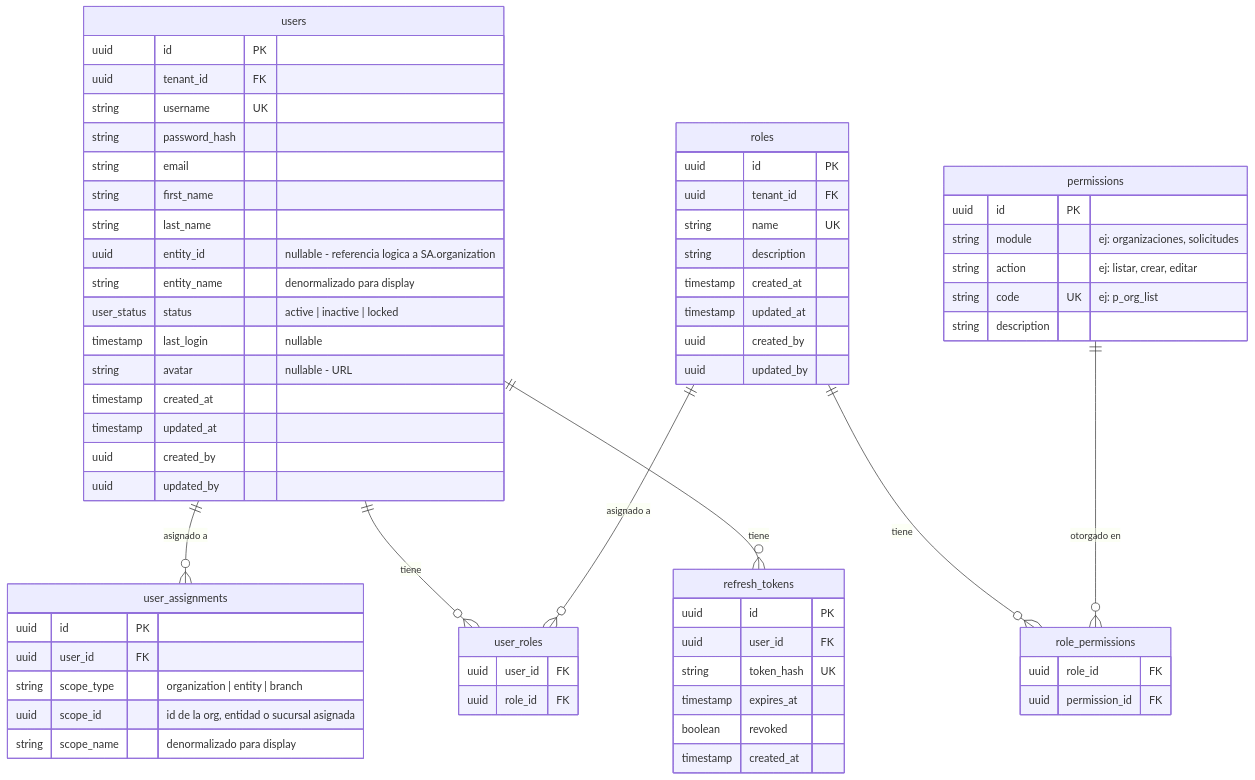
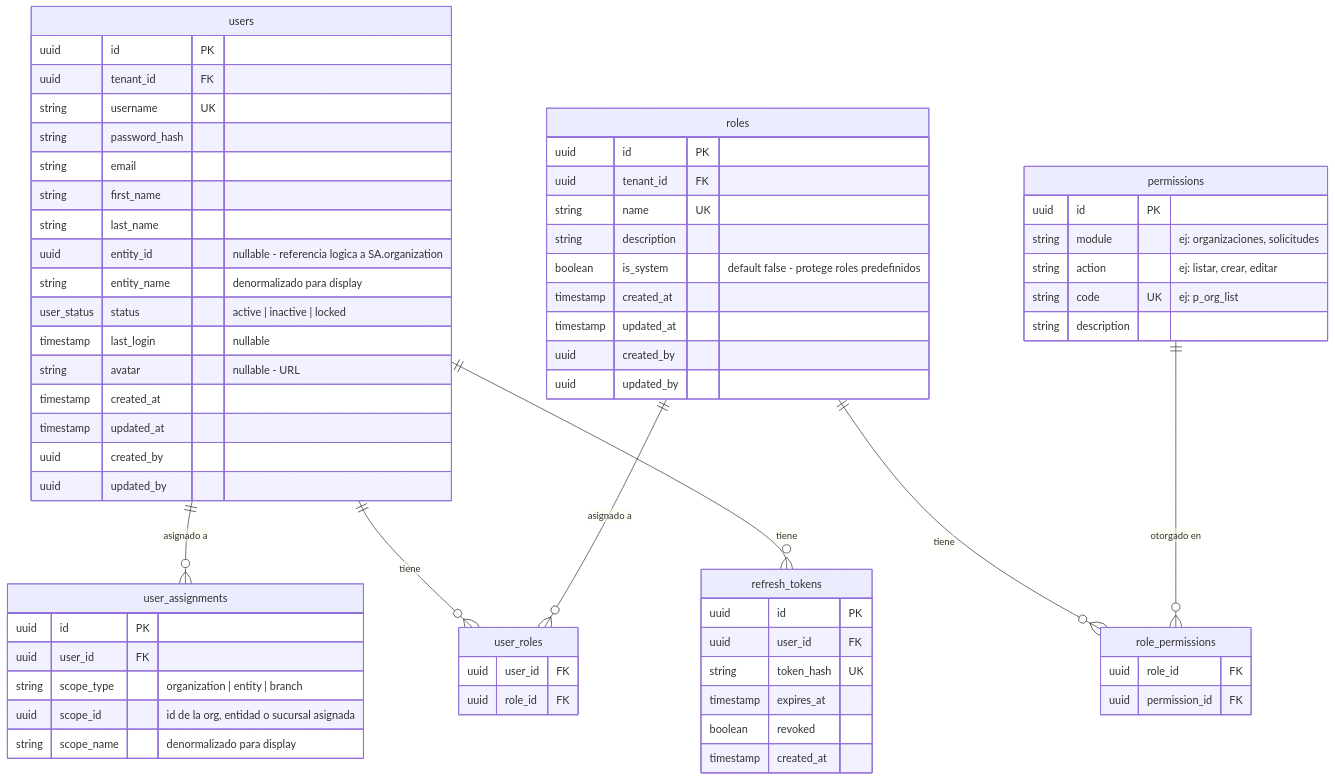
Before and after one commit to francobertoldi/Unazul: the first of 7 diagrams in wiki/05_modelo_datos.md, drawn with Mermaid. The commit also changed other lines of this file and 54 other files, not shown here.

````diff
--- a/wiki/05_modelo_datos.md
+++ b/wiki/05_modelo_datos.md
@@ -25,74 +25,75 @@
 ```mermaid
 erDiagram
     users {
         uuid id PK
         uuid tenant_id FK
         string username UK
         string password_hash
         string email
         string first_name
         string last_name
         uuid entity_id "nullable - referencia logica a SA.organization"
         string entity_name "denormalizado para display"
         user_status status "active | inactive | locked"
         timestamp last_login "nullable"
         string avatar "nullable - URL"
         timestamp created_at
         timestamp updated_at
         uuid created_by
         uuid updated_by
     }
 
     user_assignments {
         uuid id PK
         uuid user_id FK
         string scope_type "organization | entity | branch"
         uuid scope_id "id de la org, entidad o sucursal asignada"
         string scope_name "denormalizado para display"
     }
 
     roles {
         uuid id PK
         uuid tenant_id FK
         string name UK
         string description
+        boolean is_system "default false - protege roles predefinidos"
         timestamp created_at
         timestamp updated_at
         uuid created_by
         uuid updated_by
     }
 
     permissions {
         uuid id PK
         string module "ej: organizaciones, solicitudes"
         string action "ej: listar, crear, editar"
         string code UK "ej: p_org_list"
         string description
     }
 
     user_roles {
         uuid user_id FK
         uuid role_id FK
     }
 
     role_permissions {
         uuid role_id FK
         uuid permission_id FK
     }
 
     refresh_tokens {
         uuid id PK
         uuid user_id FK
         string token_hash UK
         timestamp expires_at
         boolean revoked
         timestamp created_at
     }
 
     users ||--o{ user_assignments : "asignado a"
     users ||--o{ user_roles : "tiene"
     roles ||--o{ user_roles : "asignado a"
     roles ||--o{ role_permissions : "tiene"
     permissions ||--o{ role_permissions : "otorgado en"
     users ||--o{ refresh_tokens : "tiene"
 ```
````
